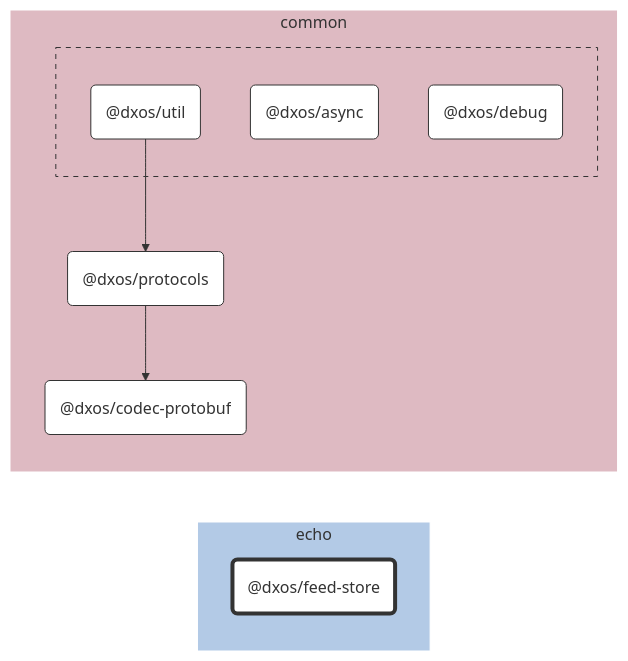
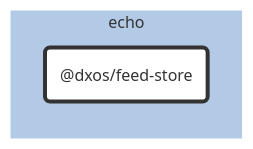
The diagram in packages/echo/feed-store/docs/README.md (dxos/dxos), drawn with Mermaid before and after one commit. The commit also changed 84 other files, not shown here.

````diff
--- a/packages/echo/feed-store/docs/README.md
+++ b/packages/echo/feed-store/docs/README.md
@@ -7,52 +7,20 @@
 ```mermaid
 %%{ init: {'flowchart':{'curve':'basis'}} }%%
 
 flowchart LR
 
-%% Links
-dxos/protocols --> dxos/codec-protobuf;
-dxos/util --> dxos/protocols;
+%% Classes
+classDef default fill:#fff,stroke:#333,stroke-width:1px
+classDef root fill:#fff,stroke:#333,stroke-width:4px
 
-%% Sections
-subgraph echo
-  style echo fill:#b3cae6,stroke:#fff;
+%% Nodes
 
-  dxos/feed-store("@dxos/feed-store")
+subgraph echo [echo]
+  style echo fill:#b3cae6,stroke:#fff
+  dxos/feed-store("@dxos/feed-store"):::root
+  click dxos/feed-store "dxos/dxos/tree/main/packages/echo/feed-store/docs"
 end
 
-subgraph common
-  style common fill:#debac2,stroke:#fff;
-
-  dxos/codec-protobuf("@dxos/codec-protobuf")
-  dxos/protocols("@dxos/protocols")
-
-  subgraph common-excluded [ ]
-    style common-excluded fill:#debac2,stroke:#333,stroke-dasharray:5 5;
-
-    dxos/async("@dxos/async")
-    dxos/debug("@dxos/debug")
-    dxos/util("@dxos/util")
-  end
-end
-
-
-%% Hyperlinks
-click dxos/async "dxos/dxos/tree/main/packages/common/async/docs";
-click dxos/codec-protobuf "dxos/dxos/tree/main/packages/common/codec-protobuf/docs";
-click dxos/debug "dxos/dxos/tree/main/packages/common/debug/docs";
-click dxos/protocols "dxos/dxos/tree/main/packages/common/protocols/docs";
-click dxos/util "dxos/dxos/tree/main/packages/common/util/docs";
-
-%% Styles
-classDef rootNode fill:#fff,stroke:#333,stroke-width:4px
-classDef defaultNode fill:#fff,stroke:#333,stroke-width:1px
+%% Links
 linkStyle default stroke:#333,stroke-width:1px
-
-dxos/feed-store:::rootNode
-
-dxos/async:::defaultNode
-dxos/codec-protobuf:::defaultNode
-dxos/debug:::defaultNode
-dxos/protocols:::defaultNode
-dxos/util:::defaultNode
 ```
````
